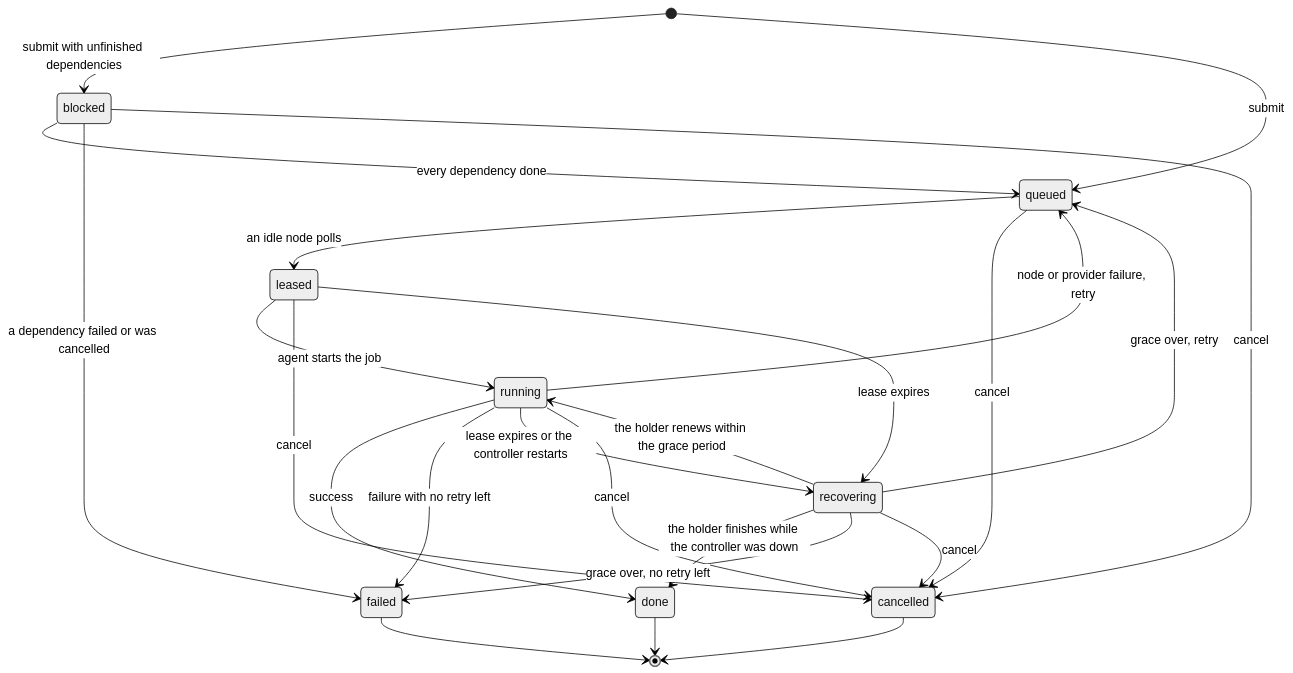
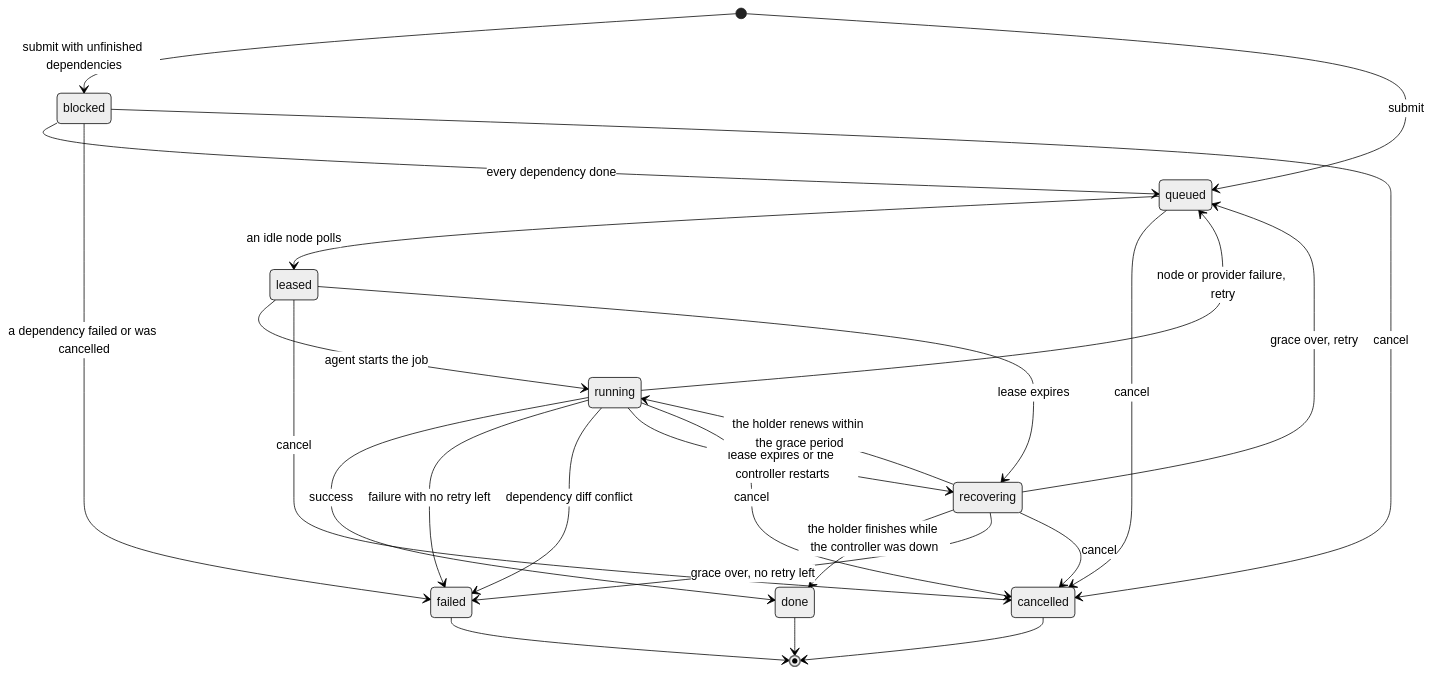
The diagram in docs/operations.md (ddproxy/lu), drawn with Mermaid (neutral theme) before and after one commit. The commit also changed other lines of this file and 23 other files, not shown here.

````diff
--- a/docs/operations.md
+++ b/docs/operations.md
@@ -206,26 +206,27 @@
 ```mermaid
 stateDiagram-v2
     [*] --> blocked: submit with unfinished dependencies
     [*] --> queued: submit
     blocked --> queued: every dependency done
     blocked --> failed: a dependency failed or was cancelled
     blocked --> cancelled: cancel
     queued --> leased: an idle node polls
     queued --> cancelled: cancel
     leased --> running: agent starts the job
     leased --> cancelled: cancel
     leased --> recovering: lease expires
     running --> done: success
     running --> failed: failure with no retry left
+    running --> failed: dependency diff conflict
     running --> queued: node or provider failure, retry
     running --> recovering: lease expires or the controller restarts
     running --> cancelled: cancel
     recovering --> running: the holder renews within the grace period
     recovering --> done: the holder finishes while the controller was down
     recovering --> queued: grace over, retry
     recovering --> failed: grace over, no retry left
     recovering --> cancelled: cancel
     done --> [*]
     failed --> [*]
     cancelled --> [*]
 ```
````
